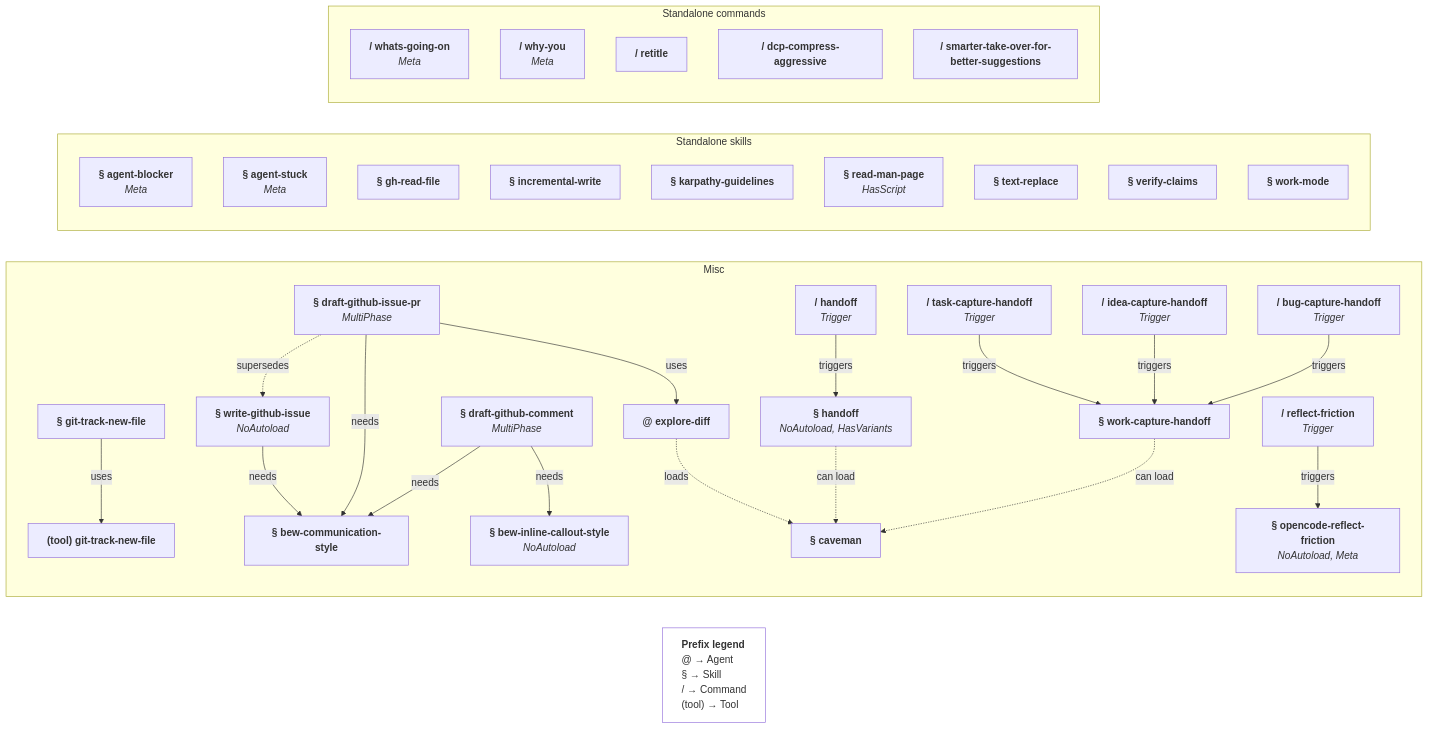
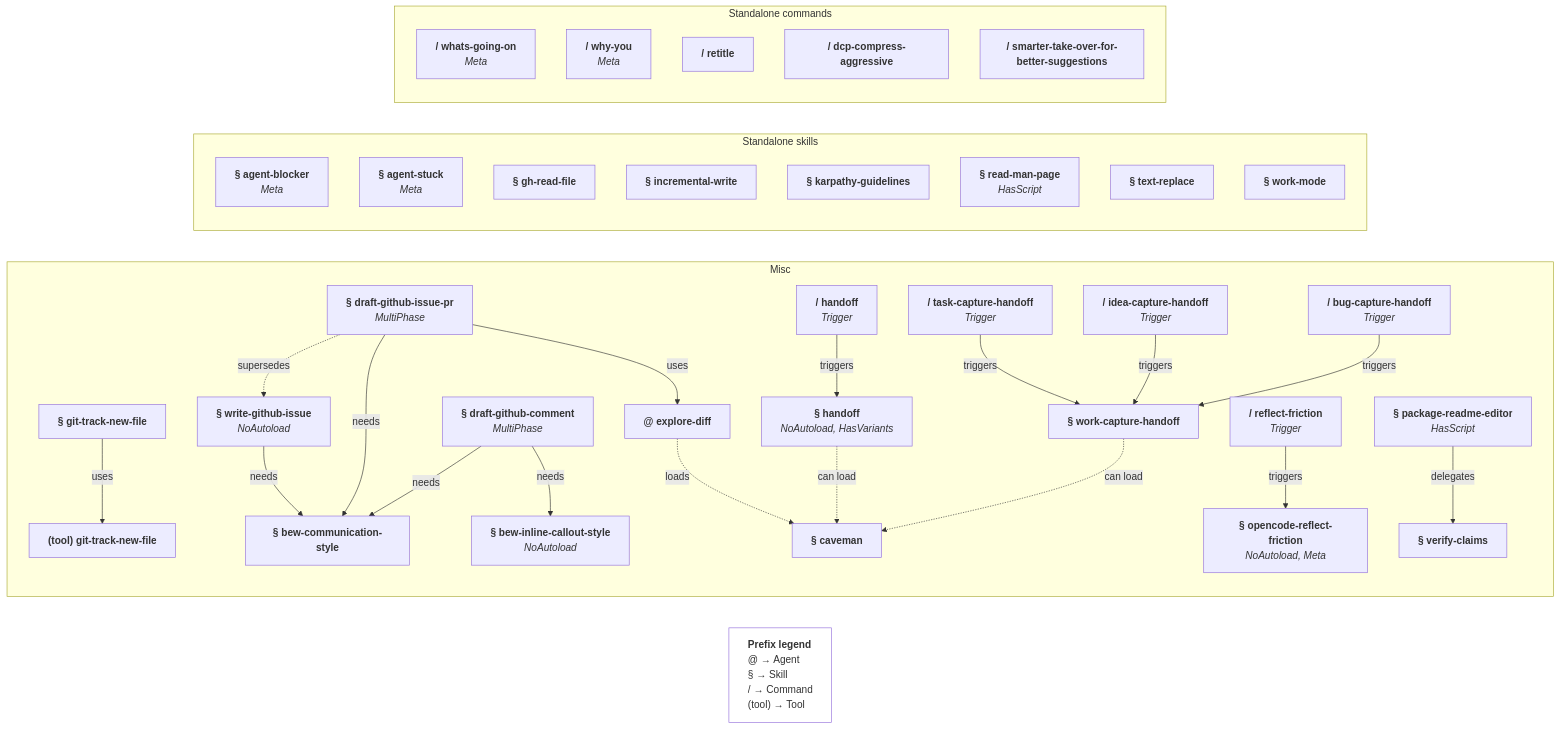
The second of 2 diagrams in opencode/MY_AI_STUFF.md (bew/dotfiles), drawn with Mermaid before and after one commit. The commit also changed other lines of this file and 15 other files, not shown here.

First line of the commit message:
oc: Init the `package-readme-editor` skill, for package READMEs

````diff
--- a/opencode/MY_AI_STUFF.md
+++ b/opencode/MY_AI_STUFF.md
@@ -117,61 +117,63 @@
 ```mermaid
 flowchart LR
   %% explore-diff is duplicated from the complex graph; it is not part of any group.
   ag_explore_diff["<b>@ explore-diff</b>"]
   legend["<b>Prefix legend</b><br/>@ → Agent<br/>§ → Skill<br/>/ → Command<br/>(tool) → Tool"]
   style legend text-align:left,fill:none
 
   subgraph misc[Misc]
     sk_handoff["<b>§ handoff</b><br/><i>NoAutoload, HasVariants</i>"]
     sk_work_capture["<b>§ work-capture-handoff</b>"]
     sk_git_track_skill["<b>§ git-track-new-file</b>"]
     tool_git_track["<b>(tool) git-track-new-file</b>"]
     sk_github_issue["<b>§ write-github-issue</b><br/><i>NoAutoload</i>"]
     sk_draft_gh["<b>§ draft-github-issue-pr</b><br/><i>MultiPhase</i>"]
     sk_draft_gh_comment["<b>§ draft-github-comment</b><br/><i>MultiPhase</i>"]
     sk_bew_comm_style["<b>§ bew-communication-style</b>"]
     sk_bew_callout["<b>§ bew-inline-callout-style</b><br/><i>NoAutoload</i>"]
     sk_cav["<b>§ caveman</b>"]
     sk_reflect_frict["<b>§ opencode-reflect-friction</b><br/><i>NoAutoload, Meta</i>"]
     cmd_handoff["<b>/ handoff</b><br/><i>Trigger</i>"]
     cmd_friction["<b>/ reflect-friction</b><br/><i>Trigger</i>"]
     cmd_task_capture["<b>/ task-capture-handoff</b><br/><i>Trigger</i>"]
     cmd_idea_capture["<b>/ idea-capture-handoff</b><br/><i>Trigger</i>"]
     cmd_bug_capture["<b>/ bug-capture-handoff</b><br/><i>Trigger</i>"]
+    sk_readme_editor["<b>§ package-readme-editor</b><br/><i>HasScript</i>"]
+    sk_verify_claims["<b>§ verify-claims</b>"]
     sk_git_track_skill -->|uses| tool_git_track
     sk_github_issue -->|needs| sk_bew_comm_style
     sk_draft_gh -->|needs| sk_bew_comm_style
     sk_draft_gh -->|uses| ag_explore_diff
     sk_draft_gh_comment -->|needs| sk_bew_comm_style
     sk_draft_gh_comment -->|needs| sk_bew_callout
     sk_draft_gh -. supersedes .-> sk_github_issue
     ag_explore_diff -. loads .-> sk_cav
     sk_handoff -. can load .-> sk_cav
     sk_work_capture -. can load .-> sk_cav
     cmd_handoff -->|triggers| sk_handoff
     cmd_friction -->|triggers| sk_reflect_frict
     cmd_task_capture -->|triggers| sk_work_capture
     cmd_idea_capture -->|triggers| sk_work_capture
     cmd_bug_capture -->|triggers| sk_work_capture
+    sk_readme_editor -->|delegates| sk_verify_claims
   end
 
   subgraph otherskills[Standalone skills]
     sk_agent_blocker["<b>§ agent-blocker</b><br/><i>Meta</i>"]
     sk_agent_stuck["<b>§ agent-stuck</b><br/><i>Meta</i>"]
     sk_gh_read_file["<b>§ gh-read-file</b>"]
     sk_incremental_write["<b>§ incremental-write</b>"]
     sk_karpathy["<b>§ karpathy-guidelines</b>"]
     sk_read_man_page["<b>§ read-man-page</b><br/><i>HasScript</i>"]
     sk_text_replace["<b>§ text-replace</b>"]
-    sk_verify_claims["<b>§ verify-claims</b>"]
     sk_work_mode["<b>§ work-mode</b>"]
   end
 
   subgraph othercmds[Standalone commands]
     cmd_whats_going_on["<b>/ whats-going-on</b><br/><i>Meta</i>"]
     cmd_why_you["<b>/ why-you</b><br/><i>Meta</i>"]
     cmd_retitle["<b>/ retitle</b>"]
     cmd_dcp_aggressive["<b>/ dcp-compress-aggressive</b>"]
     cmd_smarter_takeover["<b>/ smarter-take-over-for-better-suggestions</b>"]
   end
 ```
````
